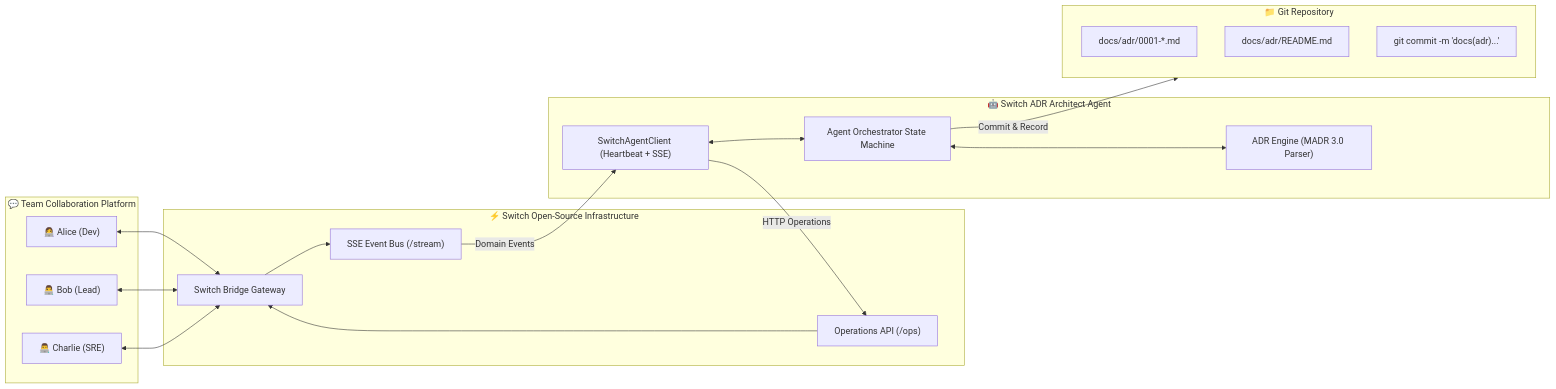
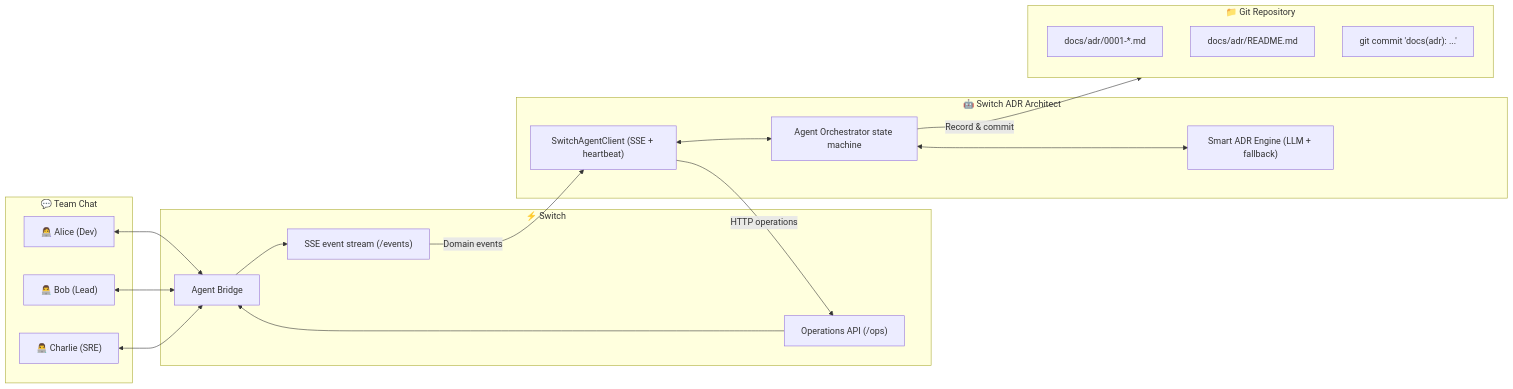
Before and after one commit to sebin-gg/flipswitch: the diagram in README.md, drawn with Mermaid. The commit also changed other lines of this file and 6 other files, not shown here.

````diff
--- a/README.md
+++ b/README.md
@@ -45,35 +48,35 @@
 ```mermaid
 flowchart LR
-    subgraph TeamChat ["💬 Team Collaboration Platform"]
+    subgraph TeamChat ["💬 Team Chat"]
         Alice["👩‍💻 Alice (Dev)"]
         Bob["👨‍💻 Bob (Lead)"]
         Charlie["👨‍💻 Charlie (SRE)"]
     end
 
-    subgraph SwitchInfra ["⚡ Switch Open-Source Infrastructure"]
-        Bridge["Switch Bridge Gateway"]
-        SSE["SSE Event Bus (/stream)"]
+    subgraph SwitchInfra ["⚡ Switch"]
+        Bridge["Agent Bridge"]
+        SSE["SSE event stream (/events)"]
         Ops["Operations API (/ops)"]
     end
 
-    subgraph AgentCore ["🤖 Switch ADR Architect Agent"]
-        Client["SwitchAgentClient (Heartbeat + SSE)"]
-        Orchestrator["Agent Orchestrator State Machine"]
-        Engine["ADR Engine (MADR 3.0 Parser)"]
+    subgraph AgentCore ["🤖 Switch ADR Architect"]
+        Client["SwitchAgentClient (SSE + heartbeat)"]
+        Orchestrator["Agent Orchestrator state machine"]
+        Engine["Smart ADR Engine (LLM + fallback)"]
     end
 
     subgraph Repo ["📁 Git Repository"]
         ADRDoc["docs/adr/0001-*.md"]
         ADRIndex["docs/adr/README.md"]
-        GitCommit["git commit -m 'docs(adr)...'"]
+        GitCommit["git commit 'docs(adr): ...'"]
     end
 
     Alice & Bob & Charlie <--> Bridge
     Bridge --> SSE
     Ops --> Bridge
-    SSE -->|Domain Events| Client
-    Client -->|HTTP Operations| Ops
+    SSE -->|Domain events| Client
+    Client -->|HTTP operations| Ops
     Client <--> Orchestrator
     Orchestrator <--> Engine
-    Orchestrator -->|Commit & Record| Repo
+    Orchestrator -->|Record & commit| Repo
 ```
````
